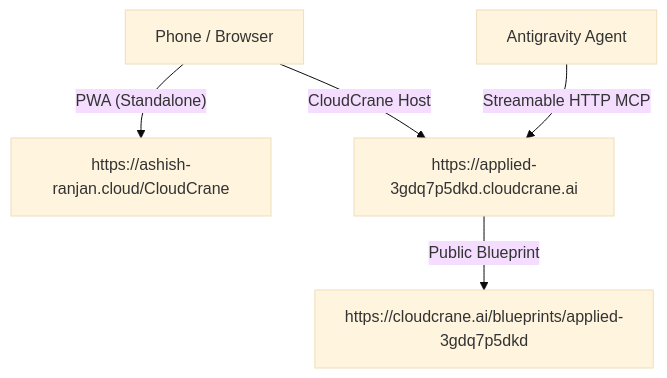
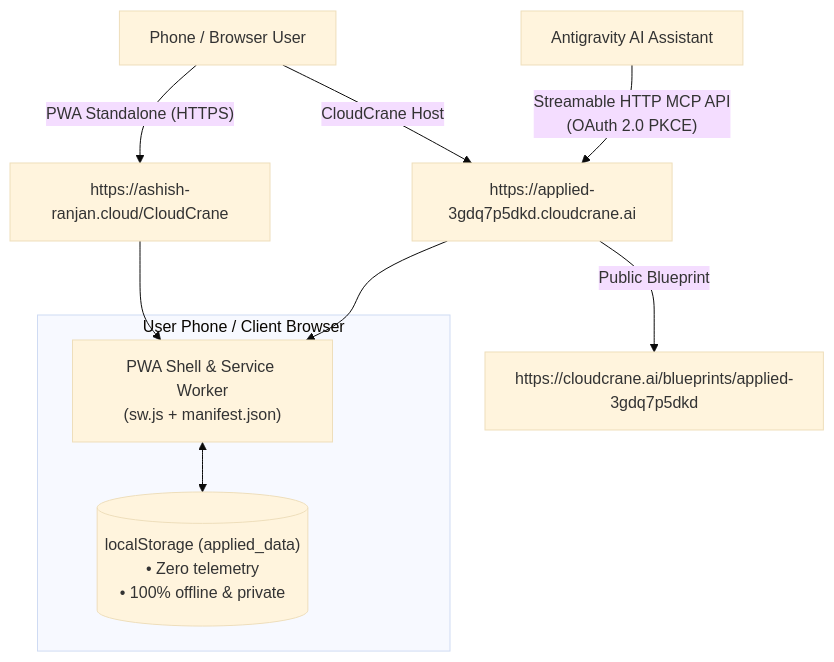
One commit to ashish-ranjan-jobs/cloudcrane-app changed the diagram in README.md. Above: the diagram before and after it, drawn with Mermaid (base theme). The commit also changed other lines of this file and 3 other files, not shown here.

````diff
--- a/README.md
+++ b/README.md
@@ -38,7 +148,16 @@
 ```mermaid
 flowchart TD
-    User["Phone / Browser"] -->|"PWA (Standalone)"| Cloud["https://ashish-ranjan.cloud/CloudCrane"]
-    User -->|"CloudCrane Host"| CC["https://applied-3gdq7p5dkd.cloudcrane.ai"]
-    CC -->|"Public Blueprint"| BP["https://cloudcrane.ai/blueprints/applied-3gdq7p5dkd"]
-    Agent["Antigravity Agent"] -->|"Streamable HTTP MCP"| CC
+    User["Phone / Browser User"] -->|"PWA Standalone (HTTPS)"| CustomDomain["https://ashish-ranjan.cloud/CloudCrane"]
+    User -->|"CloudCrane Host"| CCHost["https://applied-3gdq7p5dkd.cloudcrane.ai"]
+    CCHost -->|"Public Blueprint"| Blueprint["https://cloudcrane.ai/blueprints/applied-3gdq7p5dkd"]
+    Agent["Antigravity AI Assistant"] -->|"Streamable HTTP MCP API\n(OAuth 2.0 PKCE)"| CCHost
+
+    subgraph PhoneDevice["User Phone / Client Browser"]
+        PWA["PWA Shell & Service Worker\n(sw.js + manifest.json)"]
+        LocalStorage[("localStorage (applied_data)\n• Zero telemetry\n• 100% offline & private")]
+        PWA <--> LocalStorage
+    end
+
+    CustomDomain --> PWA
+    CCHost --> PWA
 ```
````
